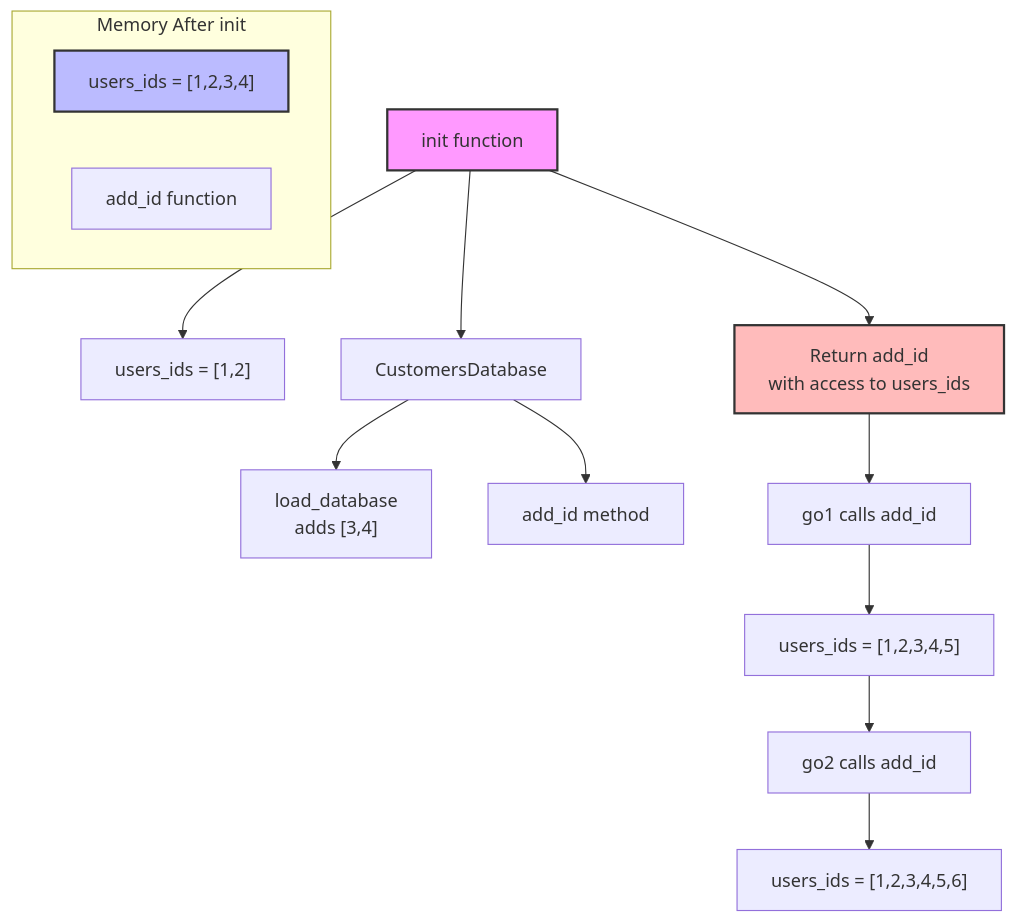
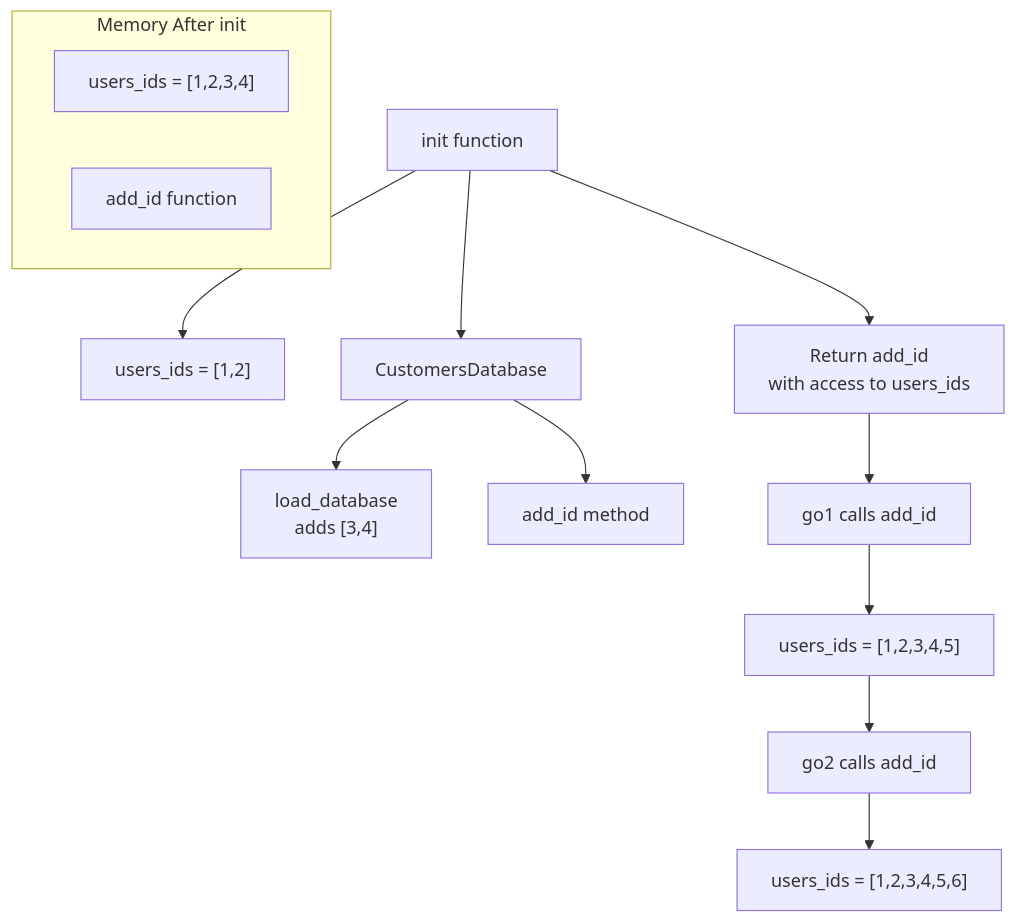
Before and after one commit to AhmeDiaaU/PythonDocumentation: the sixth of 9 diagrams in Functions/Closure.md, drawn with Mermaid. The commit also changed other lines of this file, not shown here.

````diff
--- a/Functions/Closure.md
+++ b/Functions/Closure.md
@@ -318,37 +157,18 @@
 ```mermaid
+flowchart TD
+    A["init function"] --> B["users_ids = [1,2]"]
+    A --> C["CustomersDatabase"]
+    C --> D["load_database<br>adds [3,4]"]
+    C --> E["add_id method"]
+    A --> F["Return add_id<br>with access to users_ids"]
 
-flowchart TD
+    subgraph "Memory After init"
+        G["users_ids = [1,2,3,4]"]
+        H["add_id function"]
+    end
 
-    A["init function"] --> B["users_ids = [1,2]"]
-
-    A --> C["CustomersDatabase"]
-
-    C --> D["load_database<br>adds [3,4]"]
-
-    C --> E["add_id method"]
-
-    A --> F["Return add_id<br>with access to users_ids"]
-
-    subgraph "Memory After init"
-
-        G["users_ids = [1,2,3,4]"]
-
-        H["add_id function"]
-
-    end
-
-    F --> I["go1 calls add_id"]
-
-    I --> J["users_ids = [1,2,3,4,5]"]
-
-    J --> K["go2 calls add_id"]
-
-    K --> L["users_ids = [1,2,3,4,5,6]"]
-
-    style A fill:#f9f,stroke:#333,stroke-width:2px
-
-    style F fill:#fbb,stroke:#333,stroke-width:2px
-
-    style G fill:#bbf,stroke:#333,stroke-width:2px
-
+    F --> I["go1 calls add_id"]
+    I --> J["users_ids = [1,2,3,4,5]"]
+    J --> K["go2 calls add_id"]
+    K --> L["users_ids = [1,2,3,4,5,6]"]
 ```
````
